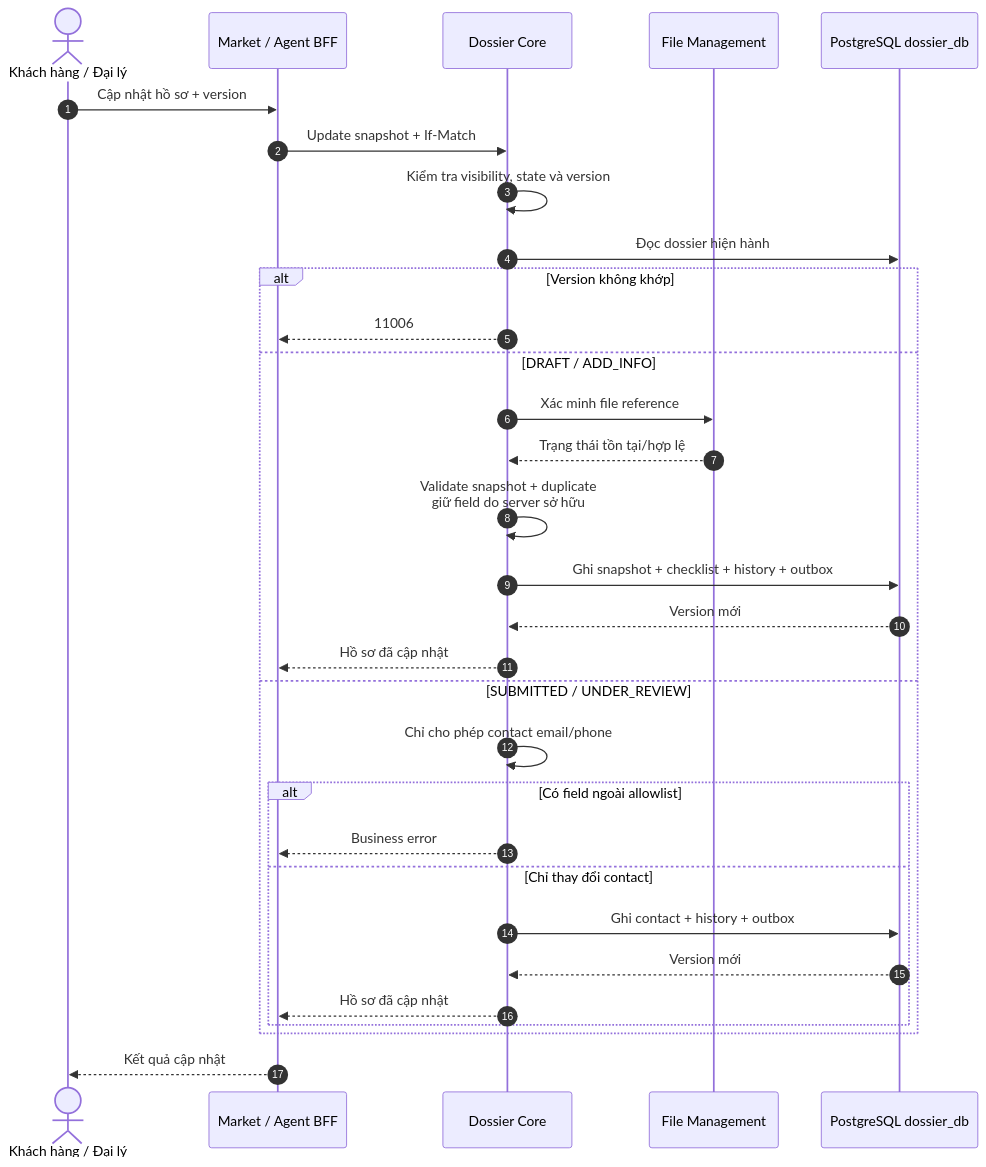
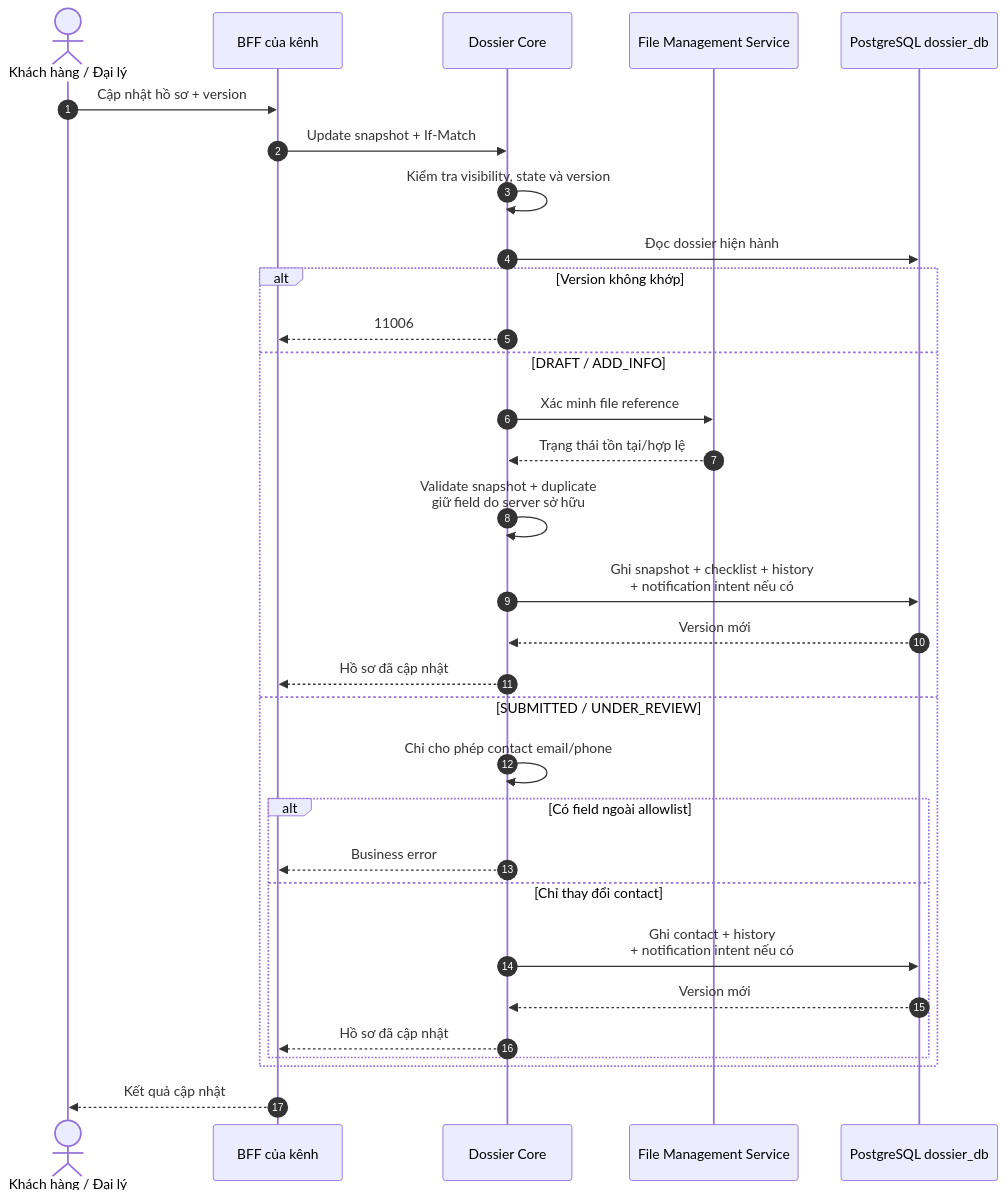
Before and after one commit to huynv-xyz/vhm: diagram 12 of 17 in tdd-dossier.md, drawn with Mermaid. The commit also changed other lines of this file, not shown here.

````diff
--- a/tdd-dossier.md
+++ b/tdd-dossier.md
@@ -1287,34 +1449,34 @@
 ```mermaid
 sequenceDiagram
     autonumber
     actor User as Khách hàng / Đại lý
-    participant BFF as Market / Agent BFF
+    participant BFF as BFF của kênh
     participant Core as Dossier Core
-    participant File as File Management
+    participant File as File Management Service
     participant DB as PostgreSQL dossier_db
 
     User->>BFF: Cập nhật hồ sơ + version
     BFF->>Core: Update snapshot + If-Match
     Core->>Core: Kiểm tra visibility, state và version
     Core->>DB: Đọc dossier hiện hành
     alt Version không khớp
         Core-->>BFF: 11006
     else DRAFT / ADD_INFO
         Core->>File: Xác minh file reference
         File-->>Core: Trạng thái tồn tại/hợp lệ
         Core->>Core: Validate snapshot + duplicate<br/>giữ field do server sở hữu
-        Core->>DB: Ghi snapshot + checklist + history + outbox
+        Core->>DB: Ghi snapshot + checklist + history<br/>+ notification intent nếu có
         DB-->>Core: Version mới
         Core-->>BFF: Hồ sơ đã cập nhật
     else SUBMITTED / UNDER_REVIEW
         Core->>Core: Chỉ cho phép contact email/phone
         alt Có field ngoài allowlist
             Core-->>BFF: Business error
         else Chỉ thay đổi contact
-            Core->>DB: Ghi contact + history + outbox
+            Core->>DB: Ghi contact + history<br/>+ notification intent nếu có
             DB-->>Core: Version mới
             Core-->>BFF: Hồ sơ đã cập nhật
         end
     end
     BFF-->>User: Kết quả cập nhật
 ```
````
